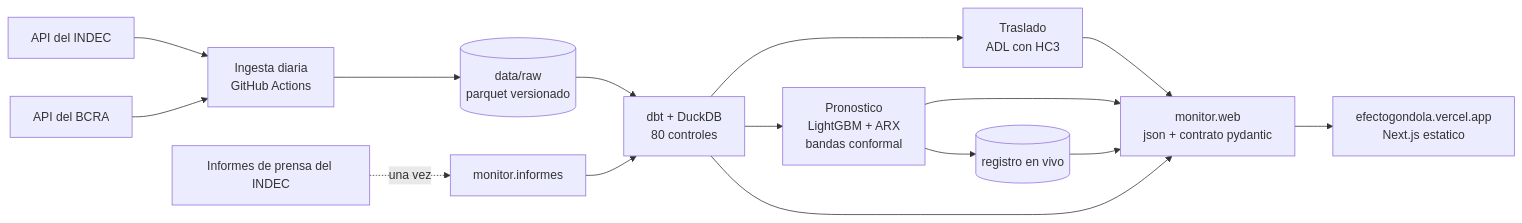
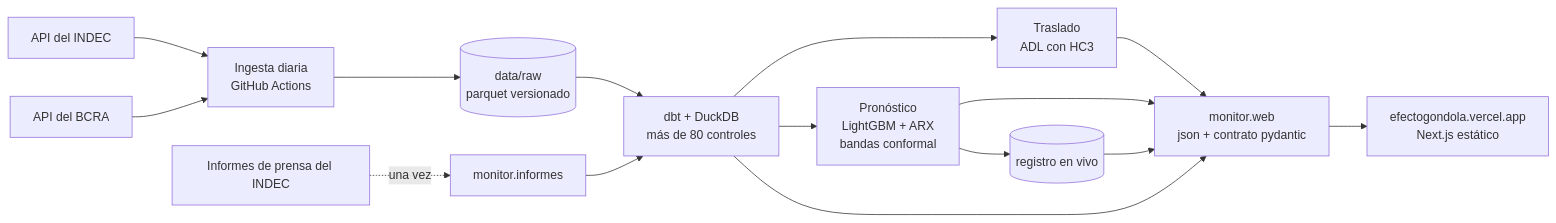
One commit to gabydomingo/monitor-de-traslado changed the diagram in README.md. Above: the diagram before and after it, drawn with Mermaid. The commit also changed other lines of this file and 27 other files, not shown here.

````diff
--- a/README.md
+++ b/README.md
@@ -21,17 +21,17 @@
 ```mermaid
 flowchart LR
     indec[API del INDEC] --> ingesta
     bcra[API del BCRA] --> ingesta
     informes[Informes de prensa del INDEC] -. una vez .-> revisiones
     ingesta[Ingesta diaria<br/>GitHub Actions] --> raw[(data/raw<br/>parquet versionado)]
-    raw --> dbt[dbt + DuckDB<br/>80 controles]
+    raw --> dbt[dbt + DuckDB<br/>más de 80 controles]
     revisiones[monitor.informes] --> dbt
     dbt --> traslado[Traslado<br/>ADL con HC3]
-    dbt --> pronostico[Pronostico<br/>LightGBM + ARX<br/>bandas conformal]
+    dbt --> pronostico[Pronóstico<br/>LightGBM + ARX<br/>bandas conformal]
     pronostico --> registro[(registro en vivo)]
     traslado --> web[monitor.web<br/>json + contrato pydantic]
     pronostico --> web
     registro --> web
     dbt --> web
-    web --> vercel[efectogondola.vercel.app<br/>Next.js estatico]
+    web --> vercel[efectogondola.vercel.app<br/>Next.js estático]
 ```
````
